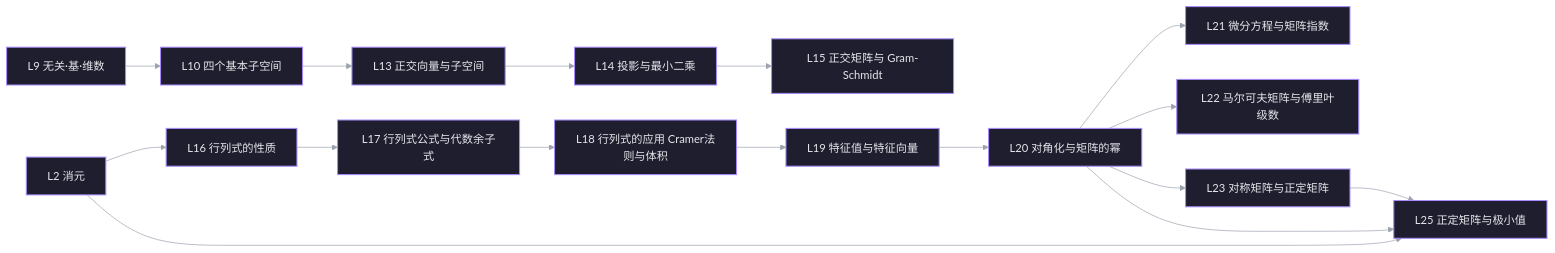
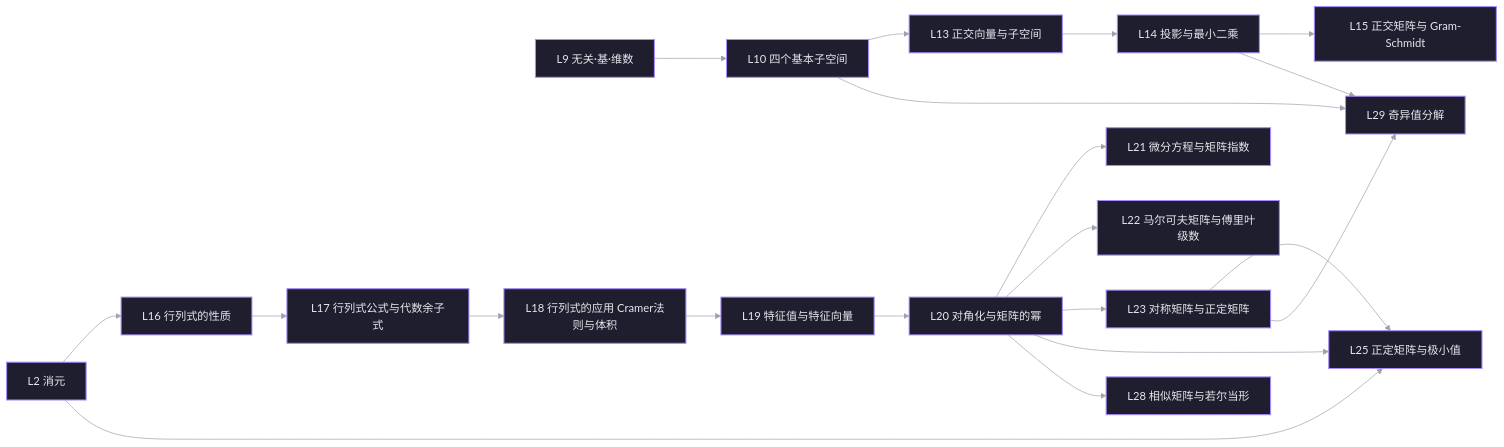
Before and after one commit to Korotomx/STD: the diagram in Math/Linear Algebra/Overview.md, drawn with Mermaid. The commit also changed other lines of this file and 2 other files, not shown here.

````diff
--- a/Math/Linear Algebra/Overview.md
+++ b/Math/Linear Algebra/Overview.md
@@ -119,21 +129,25 @@
 ```mermaid
 %%{init: {'theme':'base','themeCSS':'.nodeLabel{color:#E5E7EB!important;fill:#E5E7EB!important}.edgeLabel p{background-color:#131312!important}.edgeLabel{color:#E5E7EB!important}svg{background:transparent!important}','themeVariables':{'primaryColor':'#1E1E2E','primaryTextColor':'#E5E7EB','primaryBorderColor':'#A78BFA','secondaryColor':'#1E1E2E','tertiaryColor':'#1E1E2E','lineColor':'#9CA3AF','textColor':'#E5E7EB','mainBkg':'#1E1E2E','nodeBorder':'#A78BFA','clusterBkg':'#131312','clusterBorder':'#3A3A4A','edgeLabelBackground':'#131312','actorBkg':'#1E1E2E','actorBorder':'#A78BFA','actorTextColor':'#E5E7EB','actorLineColor':'#9CA3AF','signalColor':'#9CA3AF','signalTextColor':'#E5E7EB','labelBoxBkgColor':'#1E1E2E','labelBoxBorderColor':'#A78BFA','labelTextColor':'#E5E7EB','loopTextColor':'#E5E7EB','noteBkgColor':'#1E1E2E','noteBorderColor':'#A78BFA','noteTextColor':'#E5E7EB','stateBkg':'#1E1E2E','stateBorder':'#A78BFA','stateTextColor':'#E5E7EB','transitionColor':'#9CA3AF','transitionLabelColor':'#E5E7EB','fontFamily':'Noto Sans CJK SC, sans-serif','fontSize':'16px'}}}%%
 flowchart LR
     L9["L9 无关·基·维数"] --> L10["L10 四个基本子空间"]
     L10 --> L13["L13 正交向量与子空间"]
     L13 --> L14["L14 投影与最小二乘"]
     L14 --> L15["L15 正交矩阵与 Gram-Schmidt"]
     L2["L2 消元"] --> L16["L16 行列式的性质"]
     L16 --> L17["L17 行列式公式与代数余子式"]
     L17 --> L18["L18 行列式的应用 Cramer法则与体积"]
     L18 --> L19["L19 特征值与特征向量"]
     L19 --> L20["L20 对角化与矩阵的幂"]
     L20 --> L21["L21 微分方程与矩阵指数"]
     L20 --> L22["L22 马尔可夫矩阵与傅里叶级数"]
     L20 --> L23["L23 对称矩阵与正定矩阵"]
     L23 --> L25["L25 正定矩阵与极小值"]
     L20 --> L25
     L2 --> L25
+    L20 --> L28["L28 相似矩阵与若尔当形"]
+    L23 --> L29["L29 奇异值分解"]
+    L14 --> L29
+    L10 --> L29
 classDef default fill:#1E1E2E,stroke:#A78BFA,stroke-width:1.5px,color:#E5E7EB
 linkStyle default stroke:#9CA3AF
 ```
````
